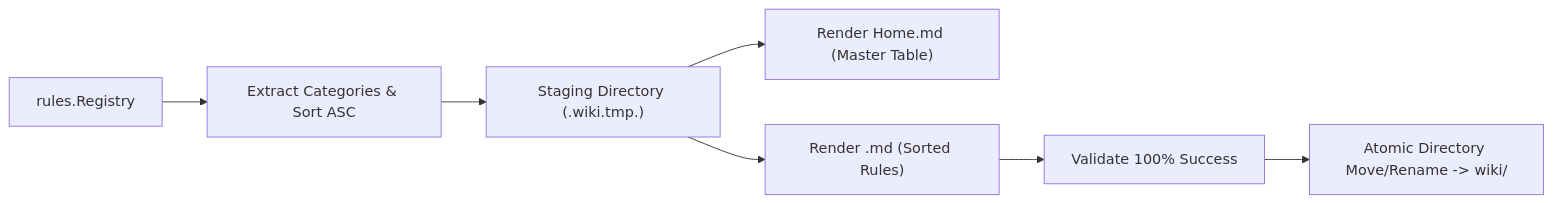
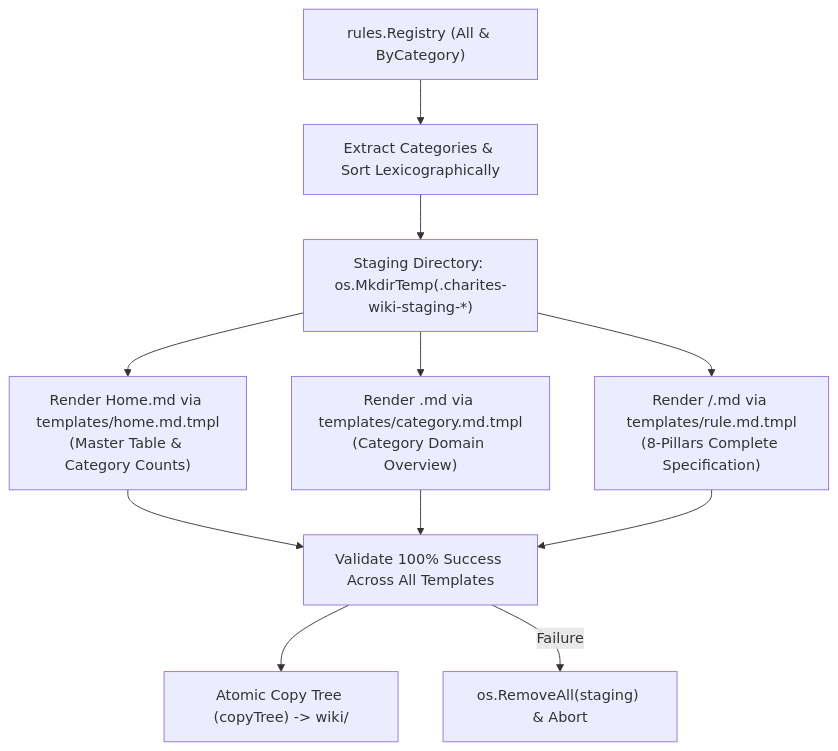
Before and after one commit to will2469/charites: the second of 2 diagrams in docs/02-architecture/07-mcp.md, drawn with Mermaid. The commit also changed other lines of this file and 12 other files, not shown here.

Commit message:
docs(wiki): implement hierarchical directory structure for rules and SSOT wiki documentation with automated generator updates

````diff
--- a/docs/02-architecture/07-mcp.md
+++ b/docs/02-architecture/07-mcp.md
@@ -120,9 +120,16 @@
 ```mermaid
-flowchart LR
-    Registry["rules.Registry"] --> Extract["Extract Categories & Sort ASC"]
-    Extract --> TempDir["Staging Directory (.wiki.tmp.<pid>)"]
-    TempDir --> RenderHome["Render Home.md (Master Table)"]
-    TempDir --> RenderDomains["Render <category>.md (Sorted Rules)"]
-    RenderDomains --> Validate["Validate 100% Success"]
-    Validate --> AtomicRename["Atomic Directory Move/Rename -> wiki/"]
+flowchart TD
+    Registry["rules.Registry (All & ByCategory)"] --> Extract["Extract Categories & Sort Lexicographically"]
+    Extract --> TempDir["Staging Directory: os.MkdirTemp(.charites-wiki-staging-*)"]
+
+    TempDir --> RenderHome["Render Home.md via templates/home.md.tmpl\n(Master Table & Category Counts)"]
+    TempDir --> RenderDomains["Render <category>.md via templates/category.md.tmpl\n(Category Domain Overview)"]
+    TempDir --> RenderRules["Render <category>/<slug>.md via templates/rule.md.tmpl\n(8-Pillars Complete Specification)"]
+
+    RenderHome --> Validate["Validate 100% Success Across All Templates"]
+    RenderDomains --> Validate
+    RenderRules --> Validate
+
+    Validate --> AtomicCopy["Atomic Copy Tree (copyTree) -> wiki/"]
+    Validate -- Failure --> Cleanup["os.RemoveAll(staging) & Abort"]
 ```
````
